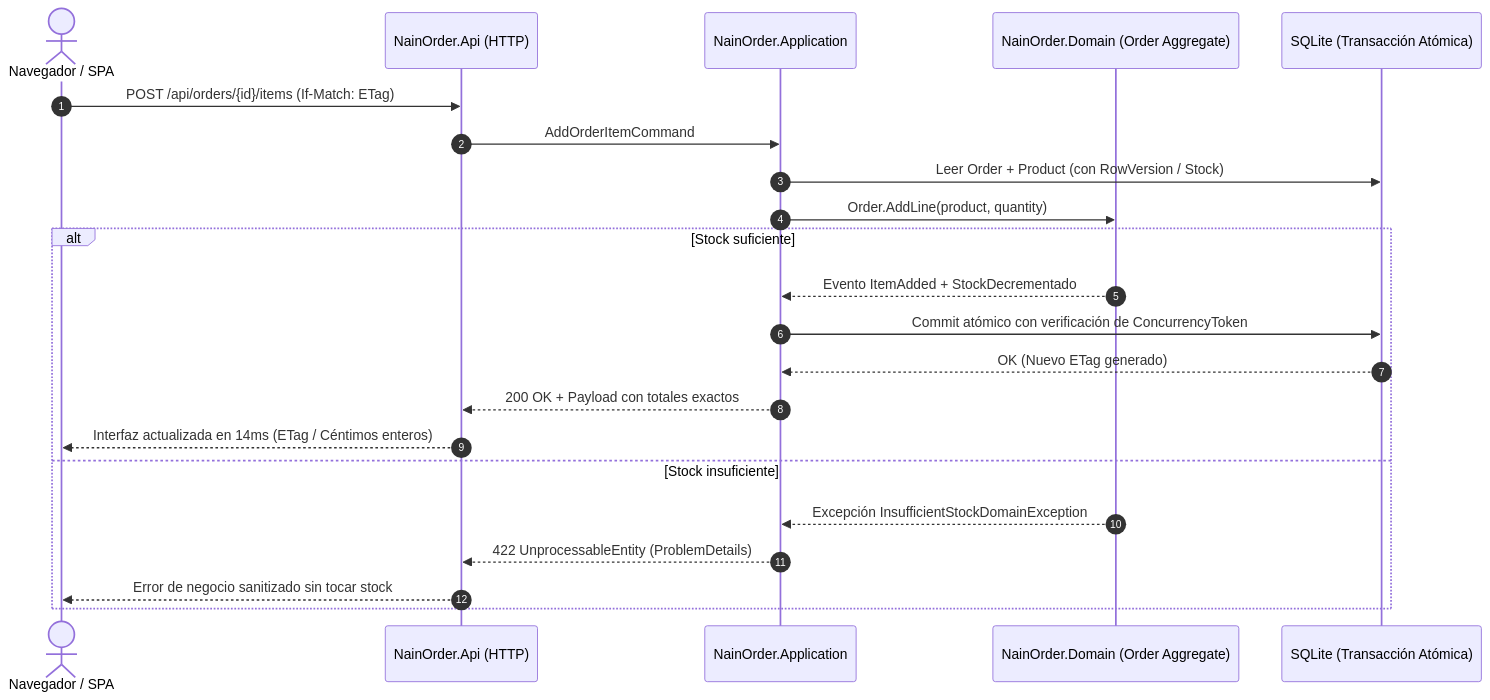
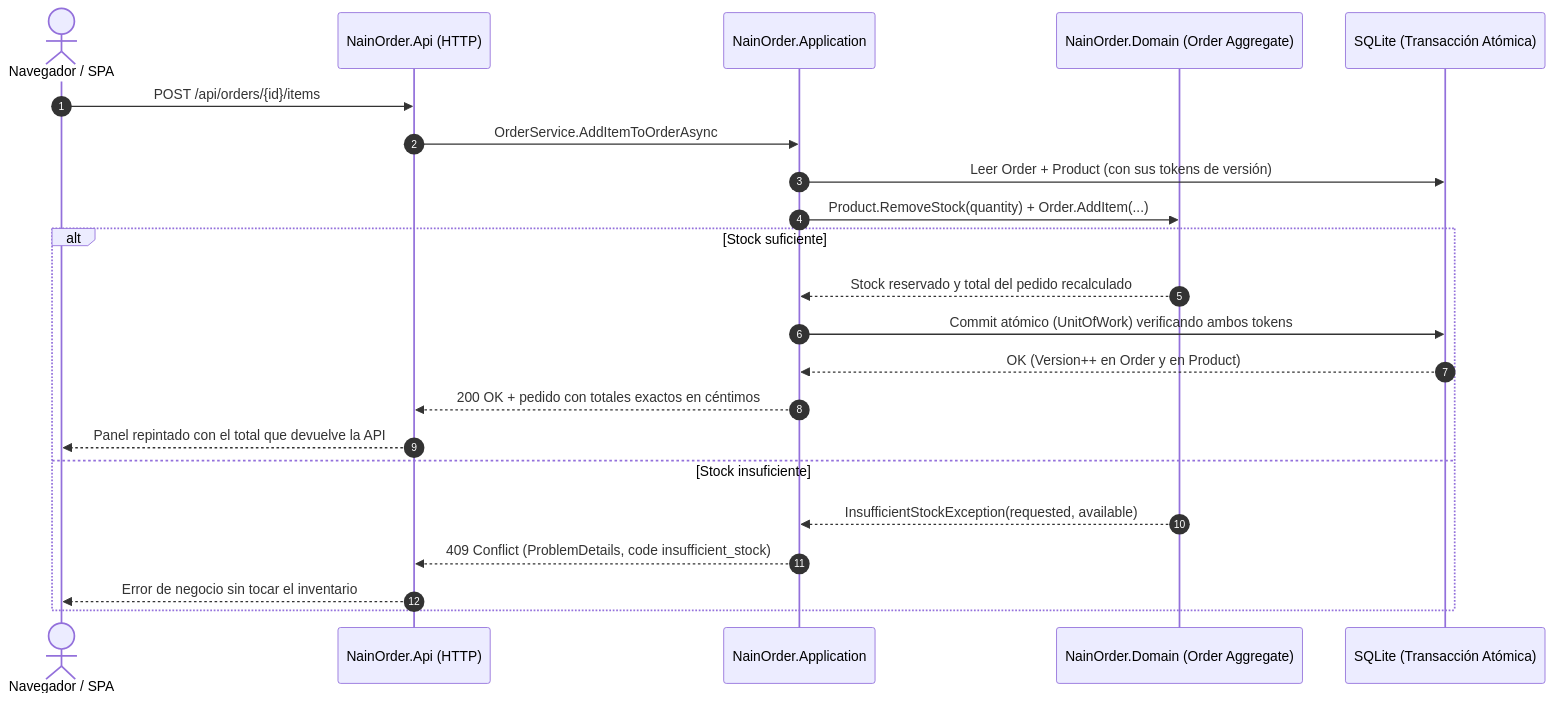
One commit to Nain9Dev/NainOrder changed the second of 2 diagrams in README.md. Above: the diagram before and after it, drawn with Mermaid. The commit also changed other lines of this file and 4 other files, not shown here.

````diff
--- a/README.md
+++ b/README.md
@@ -114,25 +119,25 @@
 ```mermaid
 sequenceDiagram
     autonumber
     actor Cliente as Navegador / SPA
     participant API as NainOrder.Api (HTTP)
     participant App as NainOrder.Application
     participant Domain as NainOrder.Domain (Order Aggregate)
     participant DB as SQLite (Transacción Atómica)
 
-    Cliente->>API: POST /api/orders/{id}/items (If-Match: ETag)
-    API->>App: AddOrderItemCommand
-    App->>DB: Leer Order + Product (con RowVersion / Stock)
-    App->>Domain: Order.AddLine(product, quantity)
+    Cliente->>API: POST /api/orders/{id}/items
+    API->>App: OrderService.AddItemToOrderAsync
+    App->>DB: Leer Order + Product (con sus tokens de versión)
+    App->>Domain: Product.RemoveStock(quantity) + Order.AddItem(...)
     alt Stock suficiente
-        Domain-->>App: Evento ItemAdded + StockDecrementado
-        App->>DB: Commit atómico con verificación de ConcurrencyToken
-        DB-->>App: OK (Nuevo ETag generado)
-        App-->>API: 200 OK + Payload con totales exactos
-        API-->>Cliente: Interfaz actualizada en 14ms (ETag / Céntimos enteros)
+        Domain-->>App: Stock reservado y total del pedido recalculado
+        App->>DB: Commit atómico (UnitOfWork) verificando ambos tokens
+        DB-->>App: OK (Version++ en Order y en Product)
+        App-->>API: 200 OK + pedido con totales exactos en céntimos
+        API-->>Cliente: Panel repintado con el total que devuelve la API
     else Stock insuficiente
-        Domain-->>App: Excepción InsufficientStockDomainException
-        App-->>API: 422 UnprocessableEntity (ProblemDetails)
-        API-->>Cliente: Error de negocio sanitizado sin tocar stock
+        Domain-->>App: InsufficientStockException(requested, available)
+        App-->>API: 409 Conflict (ProblemDetails, code insufficient_stock)
+        API-->>Cliente: Error de negocio sin tocar el inventario
     end
 ```
````
